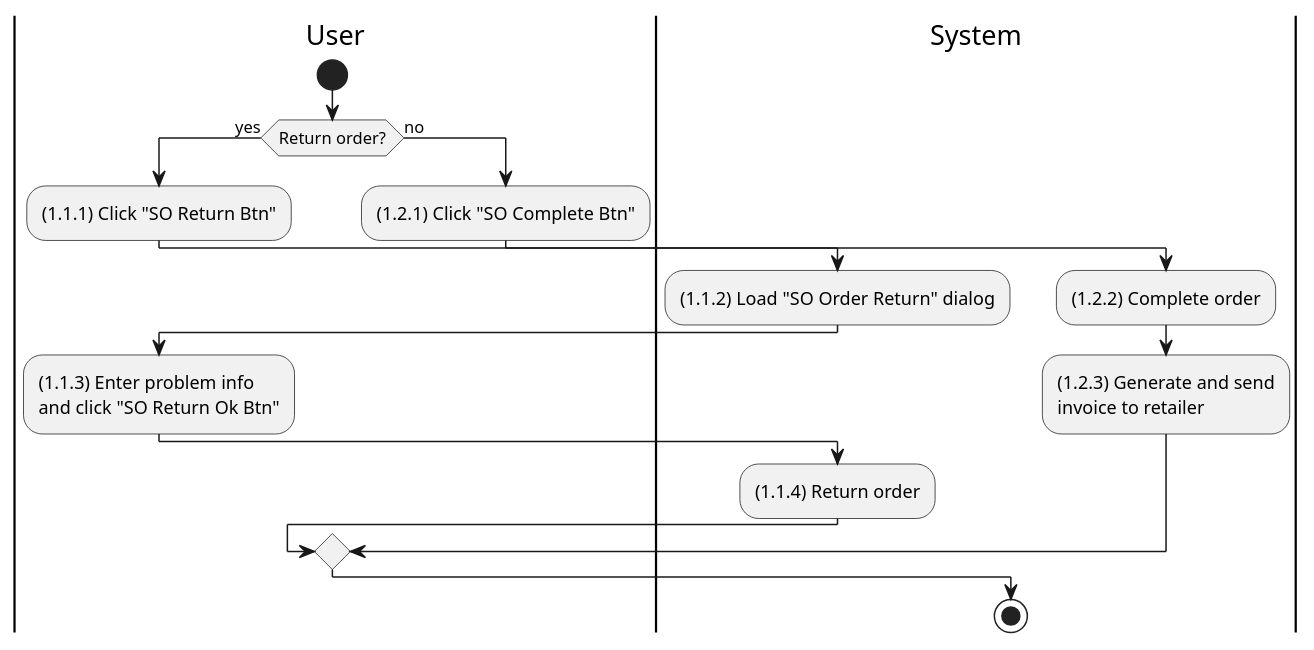
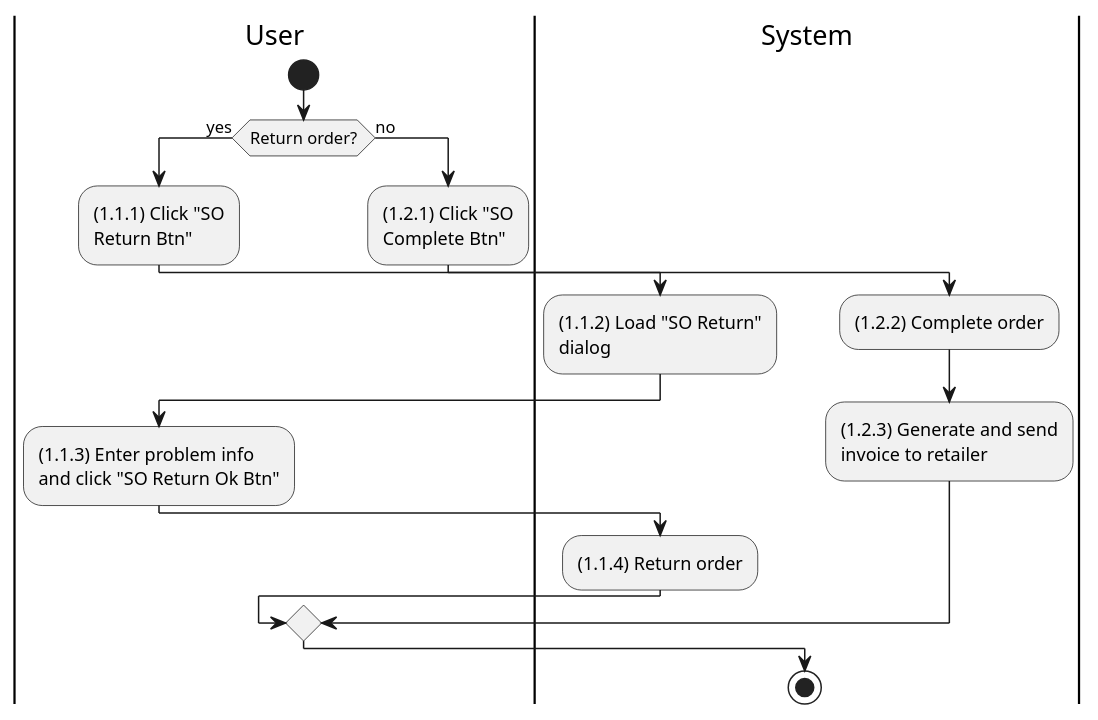
Before and after one commit to phihungha/scmss-reqs: the diagram in activities/sales-order-complete.plantuml, drawn with PlantUML. The commit also changed 9 other files, not shown here.

```diff
--- a/activities/sales-order-complete.plantuml
+++ b/activities/sales-order-complete.plantuml
@@ -1,28 +1,28 @@
 @startuml sales-order-complete
 |u|User
 |s|System
 
 |u|
 start
 if (Return order?) then (yes)
     |u|
-    :(1.1.1) Click "SO Return Btn";
+    :(1.1.1) Click "SO\nReturn Btn";
 
     |s|
-    :(1.1.2) Load "SO Order Return" dialog;
+    :(1.1.2) Load "SO Return"\ndialog;
 
     |u|
     :(1.1.3) Enter problem info\nand click "SO Return Ok Btn";
 
     |s|
     :(1.1.4) Return order;
 else (no)
     |u|
-    :(1.2.1) Click "SO Complete Btn";
+    :(1.2.1) Click "SO\nComplete Btn";
 
     |s|
     :(1.2.2) Complete order;
     :(1.2.3) Generate and send\ninvoice to retailer;
 endif
 stop
 @enduml
```
